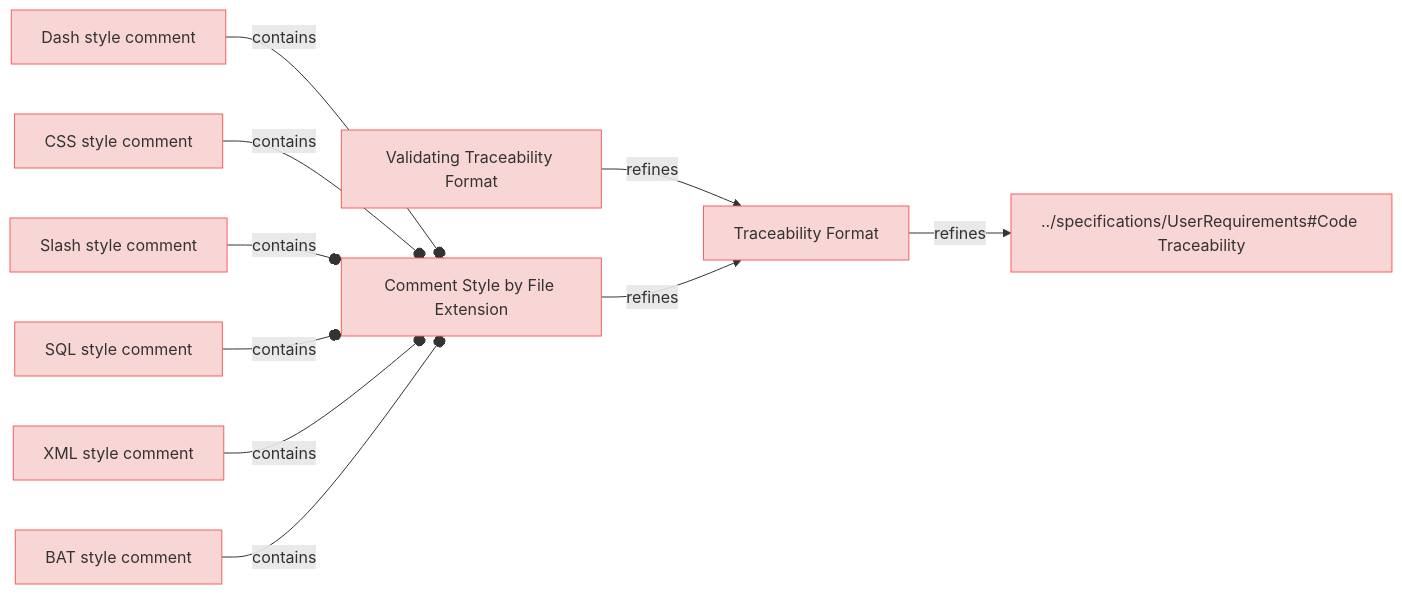
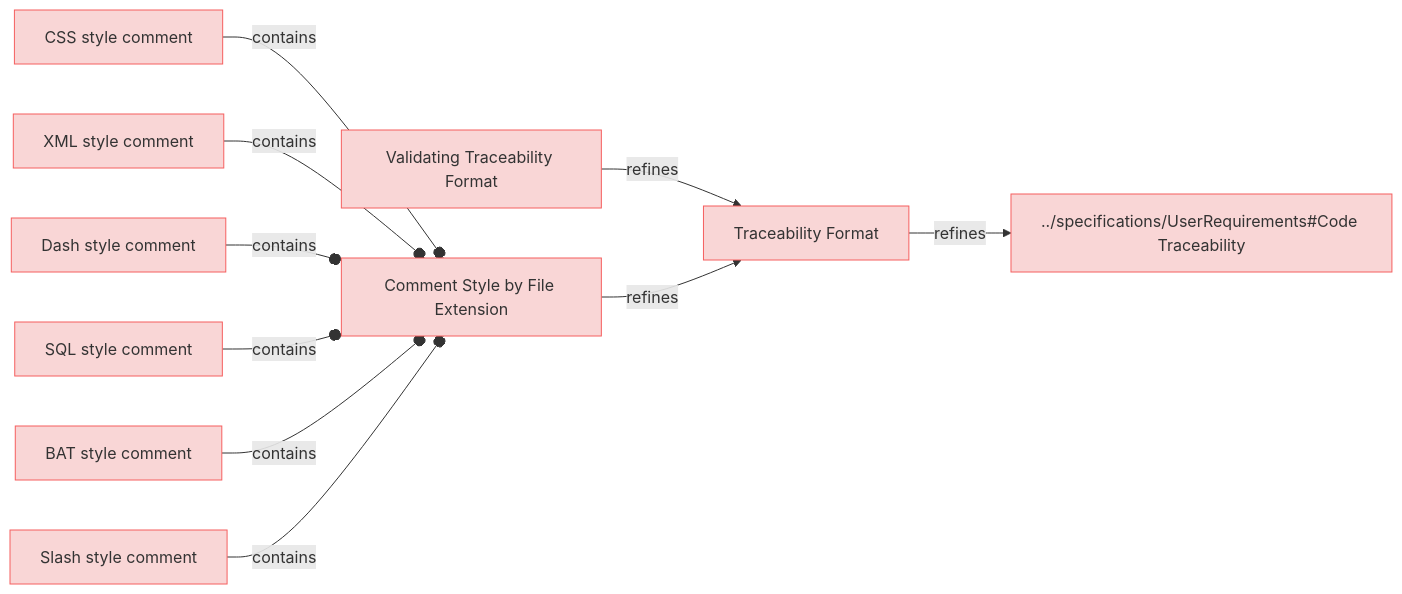
Before and after one commit to reqvire-org/reqvire: the diagram in specifications/CodeTraecabilityRequirements.md, drawn with Mermaid. The commit also changed other lines of this file and 160 other files, not shown here.

````diff
--- a/specifications/CodeTraecabilityRequirements.md
+++ b/specifications/CodeTraecabilityRequirements.md
@@ -4,48 +4,48 @@
 ```mermaid
 graph LR;
   %% Graph styling
   classDef requirement fill:#f9d6d6,stroke:#f55f5f,stroke-width:1px;
   classDef verification fill:#d6f9d6,stroke:#5fd75f,stroke-width:1px;
   classDef externalLink fill:#d0e0ff,stroke:#3080ff,stroke-width:1px;
   classDef default fill:#f5f5f5,stroke:#333333,stroke-width:1px;
 
-  befb3119a3411cc9["Traceability Format"];
-  click befb3119a3411cc9 "https://github.com/ilijaljubicic/ReqFlow/blob/73d5ae1d93adea71fdf4cc508be4d1ae09be068f/specifications/CodeTraecabilityRequirements.md#traceability-format";
-  class befb3119a3411cc9 requirement;
-  ee212ffe5248cf1a["../specifications/UserRequirements#Code Traceability"];
-  class ee212ffe5248cf1a requirement;
-  click ee212ffe5248cf1a "https://github.com/ilijaljubicic/ReqFlow/blob/73d5ae1d93adea71fdf4cc508be4d1ae09be068f/specifications/UserRequirements.md#code-traceability";
-  befb3119a3411cc9 -->|refines| ee212ffe5248cf1a;
-  8ea0bce64c0e4478["Dash style comment"];
-  click 8ea0bce64c0e4478 "https://github.com/ilijaljubicic/ReqFlow/blob/73d5ae1d93adea71fdf4cc508be4d1ae09be068f/specifications/CodeTraecabilityRequirements.md#dash-style-comment";
-  class 8ea0bce64c0e4478 requirement;
-  b721f3b78f158cf2["Comment Style by File Extension"];
-  class b721f3b78f158cf2 requirement;
-  click b721f3b78f158cf2 "https://github.com/ilijaljubicic/ReqFlow/blob/73d5ae1d93adea71fdf4cc508be4d1ae09be068f/specifications/CodeTraecabilityRequirements.md#comment-style-by-file-extension";
-  8ea0bce64c0e4478 --o|contains| b721f3b78f158cf2;
-  f8c8018fe76465fc["CSS style comment"];
-  click f8c8018fe76465fc "https://github.com/ilijaljubicic/ReqFlow/blob/73d5ae1d93adea71fdf4cc508be4d1ae09be068f/specifications/CodeTraecabilityRequirements.md#css-style-comment";
-  class f8c8018fe76465fc requirement;
-  f8c8018fe76465fc --o|contains| b721f3b78f158cf2;
-  bd4e0dd56ca955a8["Validating Traceability Format"];
-  click bd4e0dd56ca955a8 "https://github.com/ilijaljubicic/ReqFlow/blob/73d5ae1d93adea71fdf4cc508be4d1ae09be068f/specifications/CodeTraecabilityRequirements.md#validating-traceability-format";
-  class bd4e0dd56ca955a8 requirement;
-  bd4e0dd56ca955a8 -->|refines| befb3119a3411cc9;
-  6a9d8aa0bfd66e44["Slash style comment"];
-  click 6a9d8aa0bfd66e44 "https://github.com/ilijaljubicic/ReqFlow/blob/73d5ae1d93adea71fdf4cc508be4d1ae09be068f/specifications/CodeTraecabilityRequirements.md#slash-style-comment";
-  class 6a9d8aa0bfd66e44 requirement;
-  6a9d8aa0bfd66e44 --o|contains| b721f3b78f158cf2;
-  b721f3b78f158cf2 -->|refines| befb3119a3411cc9;
-  51141d55bd221f9d["SQL style comment"];
-  click 51141d55bd221f9d "https://github.com/ilijaljubicic/ReqFlow/blob/73d5ae1d93adea71fdf4cc508be4d1ae09be068f/specifications/CodeTraecabilityRequirements.md#sql-style-comment";
-  class 51141d55bd221f9d requirement;
-  51141d55bd221f9d --o|contains| b721f3b78f158cf2;
-  de1f37415b6b9a2d["XML style comment"];
-  click de1f37415b6b9a2d "https://github.com/ilijaljubicic/ReqFlow/blob/73d5ae1d93adea71fdf4cc508be4d1ae09be068f/specifications/CodeTraecabilityRequirements.md#xml-style-comment";
-  class de1f37415b6b9a2d requirement;
-  de1f37415b6b9a2d --o|contains| b721f3b78f158cf2;
-  a8ddfb7fb289138b["BAT style comment"];
-  click a8ddfb7fb289138b "https://github.com/ilijaljubicic/ReqFlow/blob/73d5ae1d93adea71fdf4cc508be4d1ae09be068f/specifications/CodeTraecabilityRequirements.md#bat-style-comment";
-  class a8ddfb7fb289138b requirement;
-  a8ddfb7fb289138b --o|contains| b721f3b78f158cf2;
+  a95a4125680208c["CSS style comment"];
+  click a95a4125680208c "https://github.com/ilijaljubicic/Reqvire/blob/8a68ca1eab81bac7964085e47777a0a92447c6a5/specifications/CodeTraecabilityRequirements.md#css-style-comment";
+  class a95a4125680208c requirement;
+  ed3c714e80a3b243["Comment Style by File Extension"];
+  class ed3c714e80a3b243 requirement;
+  click ed3c714e80a3b243 "https://github.com/ilijaljubicic/Reqvire/blob/8a68ca1eab81bac7964085e47777a0a92447c6a5/specifications/CodeTraecabilityRequirements.md#comment-style-by-file-extension";
+  a95a4125680208c --o|contains| ed3c714e80a3b243;
+  c3ad800b6ea0175f["Validating Traceability Format"];
+  click c3ad800b6ea0175f "https://github.com/ilijaljubicic/Reqvire/blob/8a68ca1eab81bac7964085e47777a0a92447c6a5/specifications/CodeTraecabilityRequirements.md#validating-traceability-format";
+  class c3ad800b6ea0175f requirement;
+  d8281700231a102c["Traceability Format"];
+  class d8281700231a102c requirement;
+  click d8281700231a102c "https://github.com/ilijaljubicic/Reqvire/blob/8a68ca1eab81bac7964085e47777a0a92447c6a5/specifications/CodeTraecabilityRequirements.md#traceability-format";
+  c3ad800b6ea0175f -->|refines| d8281700231a102c;
+  d208794d54aa32bd["XML style comment"];
+  click d208794d54aa32bd "https://github.com/ilijaljubicic/Reqvire/blob/8a68ca1eab81bac7964085e47777a0a92447c6a5/specifications/CodeTraecabilityRequirements.md#xml-style-comment";
+  class d208794d54aa32bd requirement;
+  d208794d54aa32bd --o|contains| ed3c714e80a3b243;
+  d71502e6a8142057["Dash style comment"];
+  click d71502e6a8142057 "https://github.com/ilijaljubicic/Reqvire/blob/8a68ca1eab81bac7964085e47777a0a92447c6a5/specifications/CodeTraecabilityRequirements.md#dash-style-comment";
+  class d71502e6a8142057 requirement;
+  d71502e6a8142057 --o|contains| ed3c714e80a3b243;
+  a4bf10ff95327c04["SQL style comment"];
+  click a4bf10ff95327c04 "https://github.com/ilijaljubicic/Reqvire/blob/8a68ca1eab81bac7964085e47777a0a92447c6a5/specifications/CodeTraecabilityRequirements.md#sql-style-comment";
+  class a4bf10ff95327c04 requirement;
+  a4bf10ff95327c04 --o|contains| ed3c714e80a3b243;
+  ed3c714e80a3b243 -->|refines| d8281700231a102c;
+  47469d8977723944["../specifications/UserRequirements#Code Traceability"];
+  class 47469d8977723944 requirement;
+  click 47469d8977723944 "https://github.com/ilijaljubicic/Reqvire/blob/8a68ca1eab81bac7964085e47777a0a92447c6a5/specifications/UserRequirements.md#code-traceability";
+  d8281700231a102c -->|refines| 47469d8977723944;
+  bb0b29340dfacbdb["BAT style comment"];
+  click bb0b29340dfacbdb "https://github.com/ilijaljubicic/Reqvire/blob/8a68ca1eab81bac7964085e47777a0a92447c6a5/specifications/CodeTraecabilityRequirements.md#bat-style-comment";
+  class bb0b29340dfacbdb requirement;
+  bb0b29340dfacbdb --o|contains| ed3c714e80a3b243;
+  304db90ef17becb6["Slash style comment"];
+  click 304db90ef17becb6 "https://github.com/ilijaljubicic/Reqvire/blob/8a68ca1eab81bac7964085e47777a0a92447c6a5/specifications/CodeTraecabilityRequirements.md#slash-style-comment";
+  class 304db90ef17becb6 requirement;
+  304db90ef17becb6 --o|contains| ed3c714e80a3b243;
 ```
````
